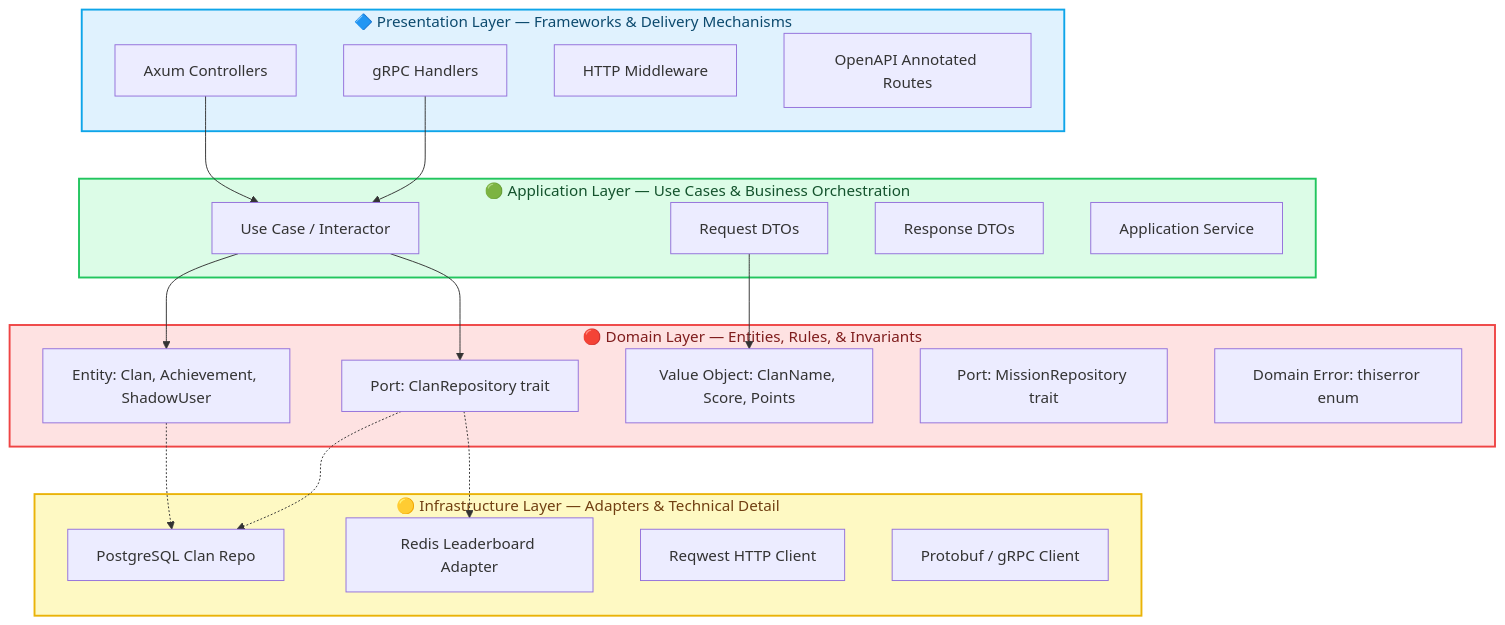
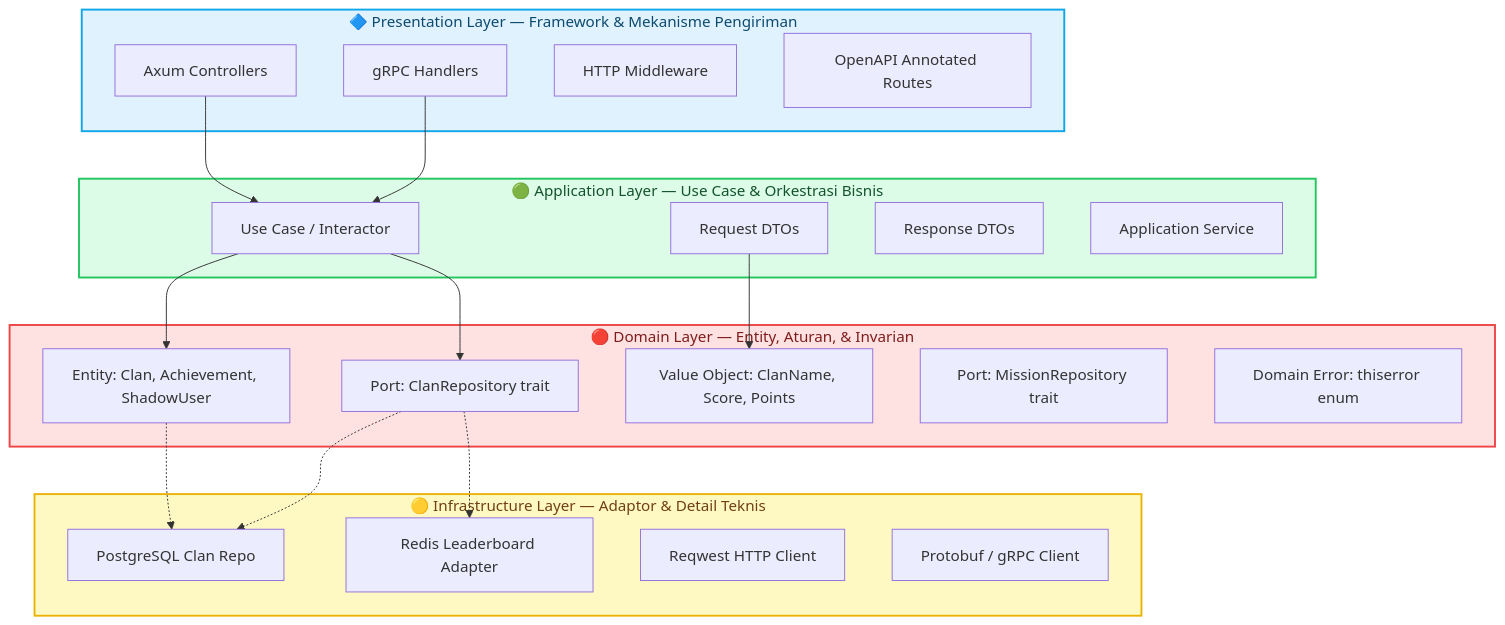
Before and after one commit to advprog-2026-A14-project/yomu-docs: the first of 2 diagrams in content/docs/design-architecture/clean-architecture.mdx, drawn with Mermaid. The commit also changed other lines of this file and 30 other files, not shown here.

````diff
--- a/content/docs/design-architecture/clean-architecture.mdx
+++ b/content/docs/design-architecture/clean-architecture.mdx
@@ -18,42 +18,42 @@
 ```mermaid
 graph TD
-    subgraph OUTER["🔷 Presentation Layer — Frameworks & Delivery Mechanisms"]
+    subgraph OUTER["🔷 Presentation Layer — Framework & Mekanisme Pengiriman"]
         P1[Axum Controllers]
         P2[gRPC Handlers]
         P3[HTTP Middleware]
         P4[OpenAPI Annotated Routes]
     end
-    subgraph APP["🟢 Application Layer — Use Cases & Business Orchestration"]
+    subgraph APP["🟢 Application Layer — Use Case & Orkestrasi Bisnis"]
         A1[Use Case / Interactor]
         A2[Request DTOs]
         A3[Response DTOs]
         A4[Application Service]
     end
-    subgraph DOM["🔴 Domain Layer — Entities, Rules, & Invariants"]
+    subgraph DOM["🔴 Domain Layer — Entity, Aturan, & Invarian"]
         D1[Entity: Clan, Achievement, ShadowUser]
         D2[Value Object: ClanName, Score, Points]
         D3[Port: ClanRepository trait]
         D4[Port: MissionRepository trait]
         D5[Domain Error: thiserror enum]
     end
-    subgraph INF["🟡 Infrastructure Layer — Adapters & Technical Detail"]
+    subgraph INF["🟡 Infrastructure Layer — Adaptor & Detail Teknis"]
         I1[PostgreSQL Clan Repo]
         I2[Redis Leaderboard Adapter]
         I3[Reqwest HTTP Client]
         I4[Protobuf / gRPC Client]
     end
 
     P1 --> A1
     P2 --> A1
     A1 --> D1
     A1 --> D3
     A2 --> D2
     D3 -.-> I1
     D3 -.-> I2
     D1 -.-> I1
 
     style OUTER fill:#e0f2fe,stroke:#0ea5e9,stroke-width:2px,color:#0c4a6e
     style APP fill:#dcfce7,stroke:#22c55e,stroke-width:2px,color:#14532d
     style DOM fill:#fee2e2,stroke:#ef4444,stroke-width:2px,color:#7f1d1d
     style INF fill:#fef9c3,stroke:#eab308,stroke-width:2px,color:#713f12
 ```
````
